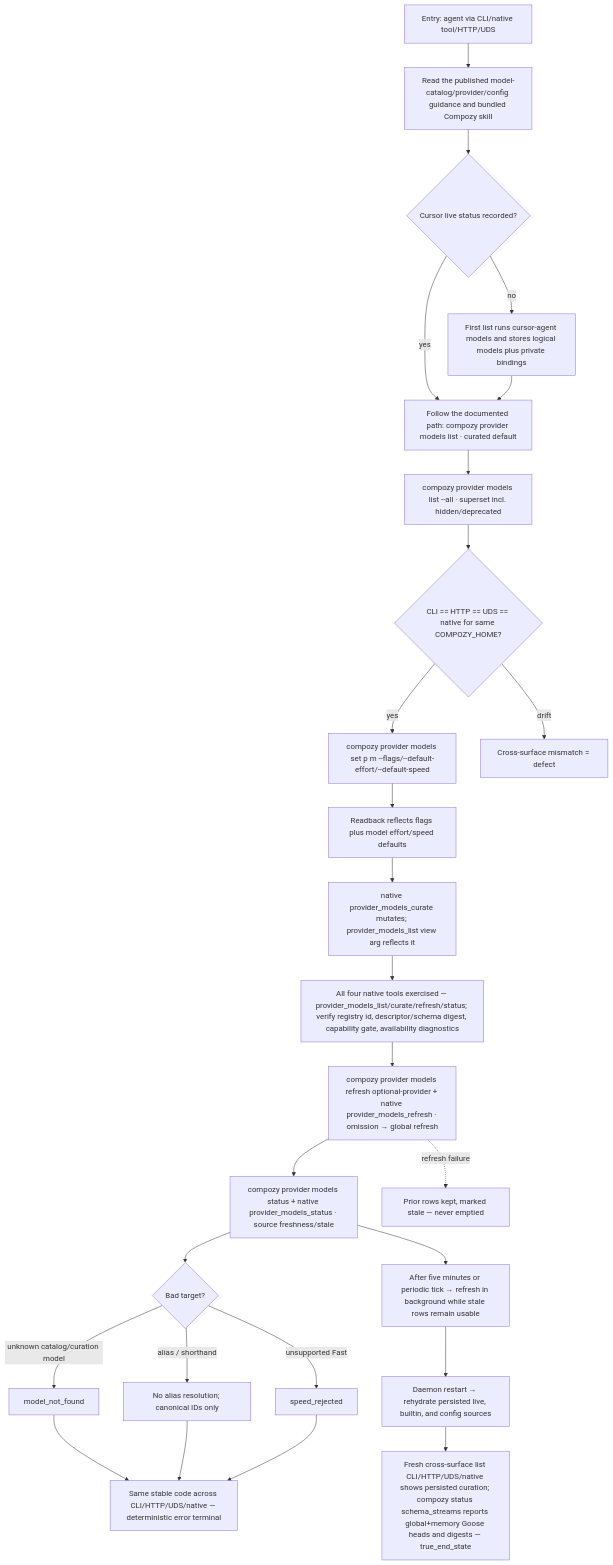
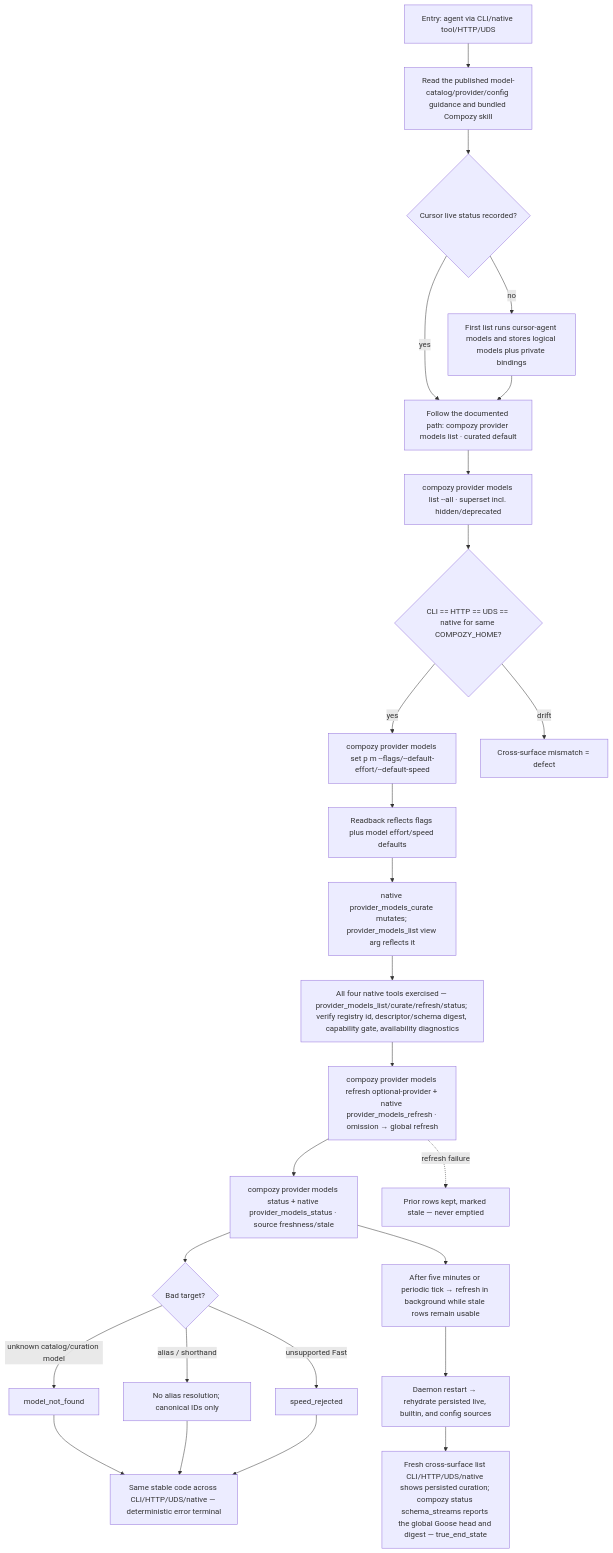
One commit to compozy/compozy changed the diagram in docs/qa/journeys/J-20-catalog-curation-agent-surfaces.md. Above: the diagram before and after it, drawn with Mermaid. The commit also changed 1517 other files, not shown here.

First line of the commit message:
feat: remove the memory feature family and adopt agent-native session compaction (#710)

````diff
--- a/docs/qa/journeys/J-20-catalog-curation-agent-surfaces.md
+++ b/docs/qa/journeys/J-20-catalog-curation-agent-surfaces.md
@@ -5,28 +5,28 @@
 ```mermaid
 flowchart TD
     E1[Entry: agent via CLI/native tool/HTTP/UDS] --> GUIDE[Read the published model-catalog/provider/config guidance and bundled Compozy skill]
     GUIDE --> CURSOR{Cursor live status recorded?}
     CURSOR -->|no| DISCOVER[First list runs cursor-agent models and stores logical models plus private bindings]
     CURSOR -->|yes| LIST[Read stored catalog rows]
     DISCOVER --> LIST[Follow the documented path: compozy provider models list · curated default]
     LIST --> ALL[compozy provider models list --all · superset incl. hidden/deprecated]
     ALL --> COMPARE{CLI == HTTP == UDS == native for same COMPOZY_HOME?}
     COMPARE -->|yes| SET[compozy provider models set p m --flags/--default-effort/--default-speed]
     COMPARE -->|drift| BUG[Cross-surface mismatch = defect]
     SET --> REFLECT[Readback reflects flags plus model effort/speed defaults]
     REFLECT --> CURATE[native provider_models_curate mutates; provider_models_list view arg reflects it]
     CURATE --> NATIVE[All four native tools exercised — provider_models_list/curate/refresh/status; verify registry id, descriptor/schema digest, capability gate, availability diagnostics]
     NATIVE --> REFRESH[compozy provider models refresh optional-provider + native provider_models_refresh · omission → global refresh]
     REFRESH --> STATUS[compozy provider models status + native provider_models_status · source freshness/stale]
     STATUS --> ERR{Bad target?}
     ERR -->|unknown catalog/curation model| NF[model_not_found]
     ERR -->|unsupported Fast| SPEED[speed_rejected]
     ERR -->|alias / shorthand| NORES[No alias resolution; canonical IDs only]
     NF --> STABLE[Same stable code across CLI/HTTP/UDS/native — deterministic error terminal]
     NORES --> STABLE
     SPEED --> STABLE
     STATUS --> TTL[After five minutes or periodic tick → refresh in background while stale rows remain usable]
     TTL --> RESTART[Daemon restart → rehydrate persisted live, builtin, and config sources]
-    RESTART --> READBACK[Fresh cross-surface list CLI/HTTP/UDS/native shows persisted curation; compozy status schema_streams reports global+memory Goose heads and digests — true_end_state]
+    RESTART --> READBACK[Fresh cross-surface list CLI/HTTP/UDS/native shows persisted curation; compozy status schema_streams reports the global Goose head and digest — true_end_state]
     REFRESH -.->|refresh failure| STALE[Prior rows kept, marked stale — never emptied]
 ```
````
